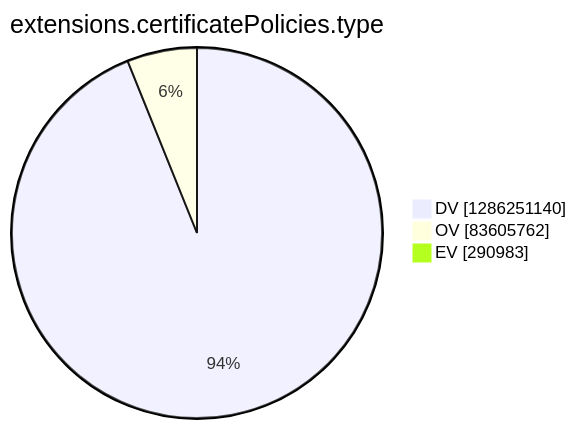
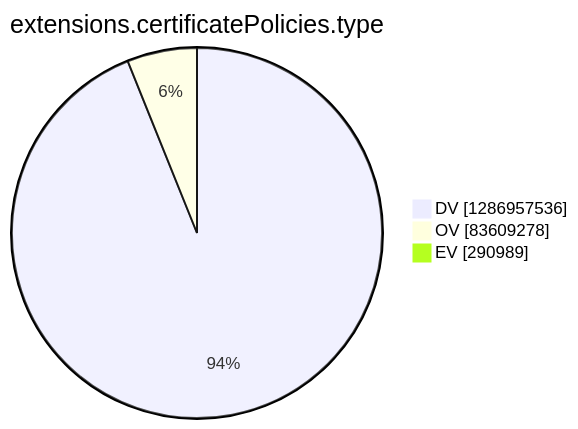
One commit to christiankrug/ctmonitor_visualization changed the tenth of 15 diagrams in argon2022/README.md. Above: the diagram before and after it, drawn with Mermaid. The commit also changed other lines of this file, not shown here.

````diff
--- a/argon2022/README.md
+++ b/argon2022/README.md
@@ -2771,7 +2771,7 @@
 ```mermaid
 pie showData
 title extensions.certificatePolicies.type
-"DV" :1286251140
-"OV" :83605762
-"EV" :290983
+"DV" :1286957536
+"OV" :83609278
+"EV" :290989
 ```
````
